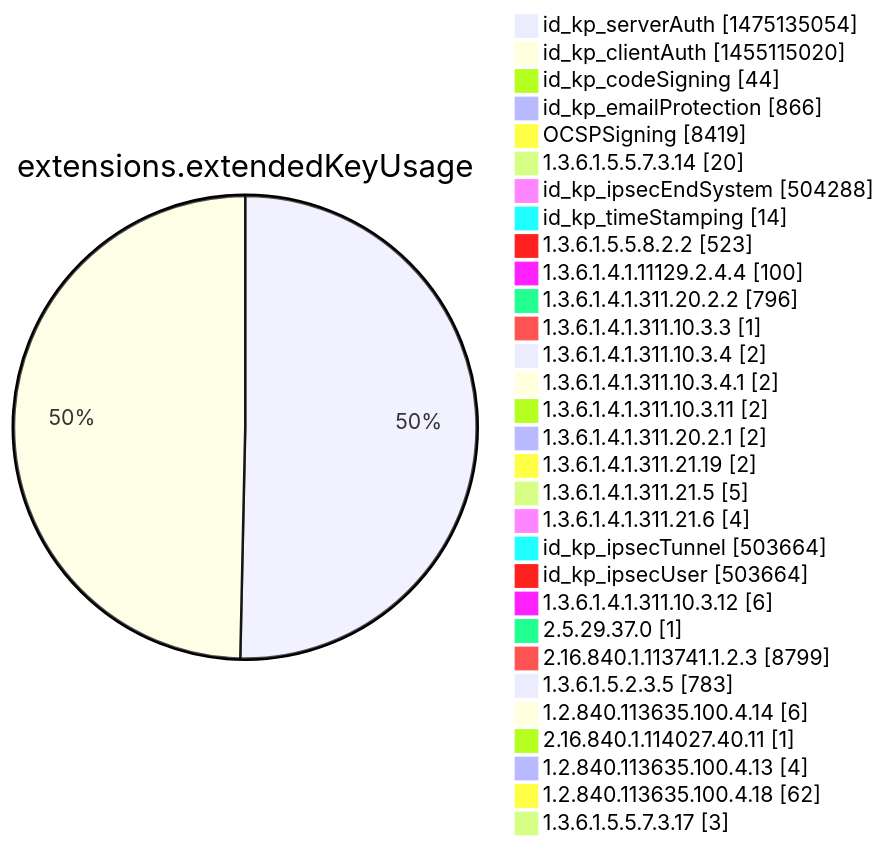
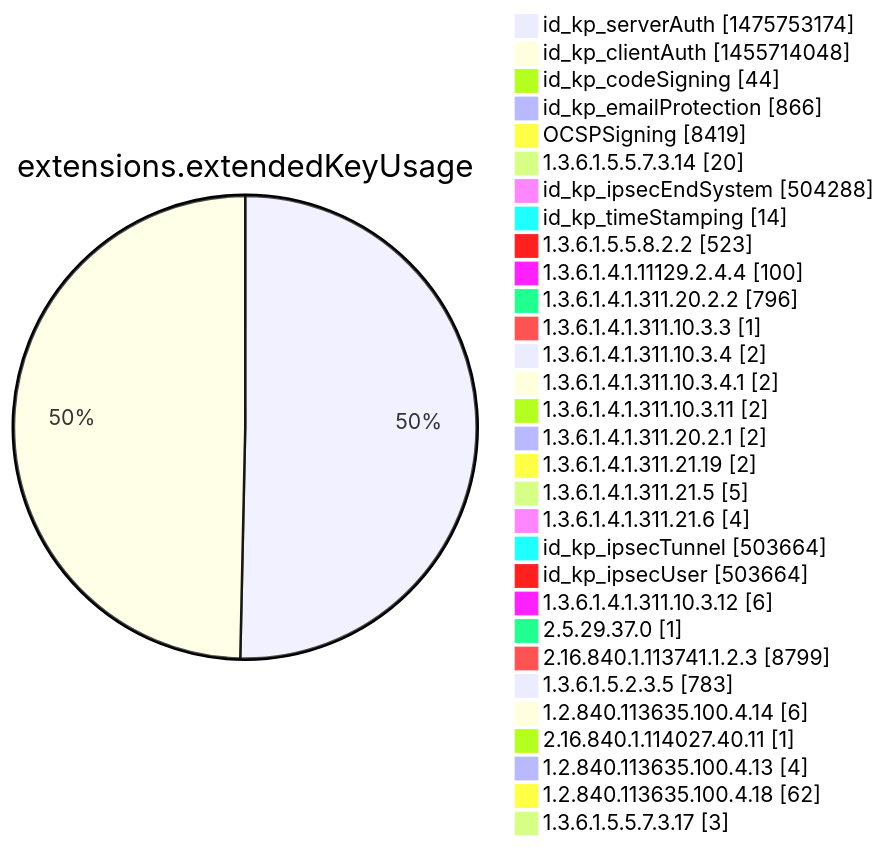
Before and after one commit to christiankrug/ctmonitor_visualization: diagram 12 of 15 in argon2022/README.md, drawn with Mermaid. The commit also changed other lines of this file, not shown here.

````diff
--- a/argon2022/README.md
+++ b/argon2022/README.md
@@ -3555,34 +3555,34 @@
 ```mermaid
 pie showData
 title extensions.extendedKeyUsage
-"id_kp_serverAuth" :1475135054
-"id_kp_clientAuth" :1455115020
+"id_kp_serverAuth" :1475753174
+"id_kp_clientAuth" :1455714048
 "id_kp_codeSigning" :44
 "id_kp_emailProtection" :866
 "OCSPSigning" :8419
 "1.3.6.1.5.5.7.3.14" :20
 "id_kp_ipsecEndSystem" :504288
 "id_kp_timeStamping" :14
 "1.3.6.1.5.5.8.2.2" :523
 "1.3.6.1.4.1.11129.2.4.4" :100
 "1.3.6.1.4.1.311.20.2.2" :796
 "1.3.6.1.4.1.311.10.3.3" :1
 "1.3.6.1.4.1.311.10.3.4" :2
 "1.3.6.1.4.1.311.10.3.4.1" :2
 "1.3.6.1.4.1.311.10.3.11" :2
 "1.3.6.1.4.1.311.20.2.1" :2
 "1.3.6.1.4.1.311.21.19" :2
 "1.3.6.1.4.1.311.21.5" :5
 "1.3.6.1.4.1.311.21.6" :4
 "id_kp_ipsecTunnel" :503664
 "id_kp_ipsecUser" :503664
 "1.3.6.1.4.1.311.10.3.12" :6
 "2.5.29.37.0" :1
 "2.16.840.1.113741.1.2.3" :8799
 "1.3.6.1.5.2.3.5" :783
 "1.2.840.113635.100.4.14" :6
 "2.16.840.1.114027.40.11" :1
 "1.2.840.113635.100.4.13" :4
 "1.2.840.113635.100.4.18" :62
 "1.3.6.1.5.5.7.3.17" :3
 ```
````
